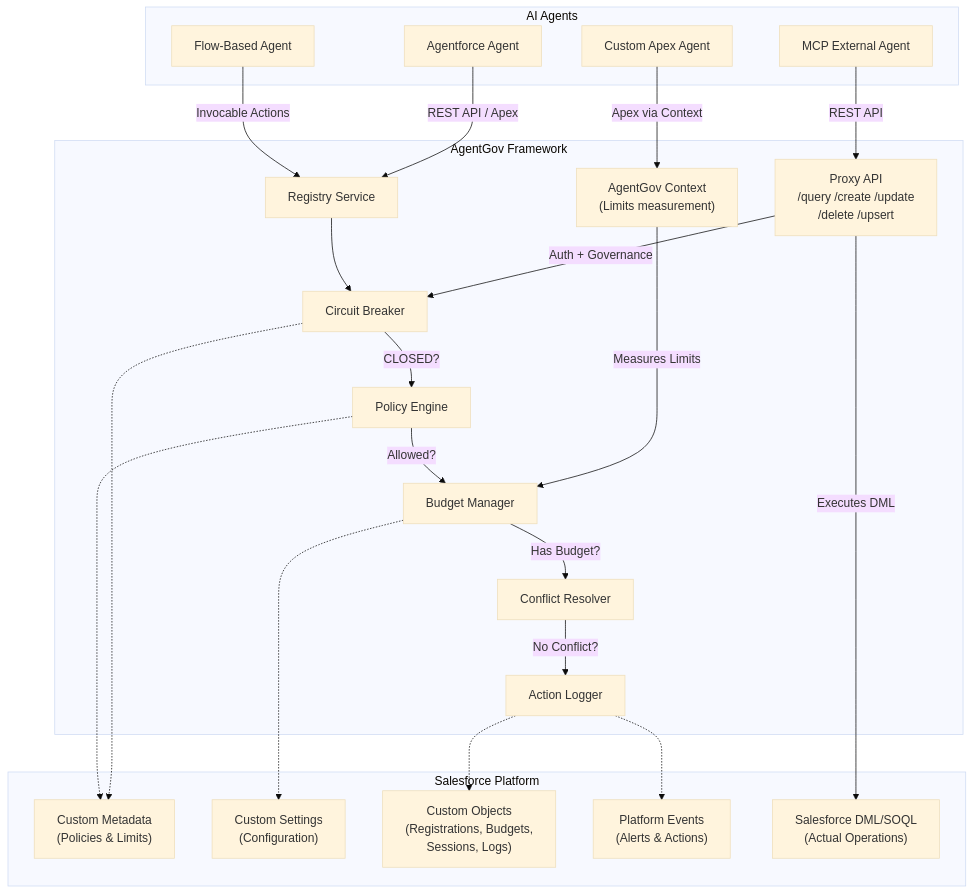
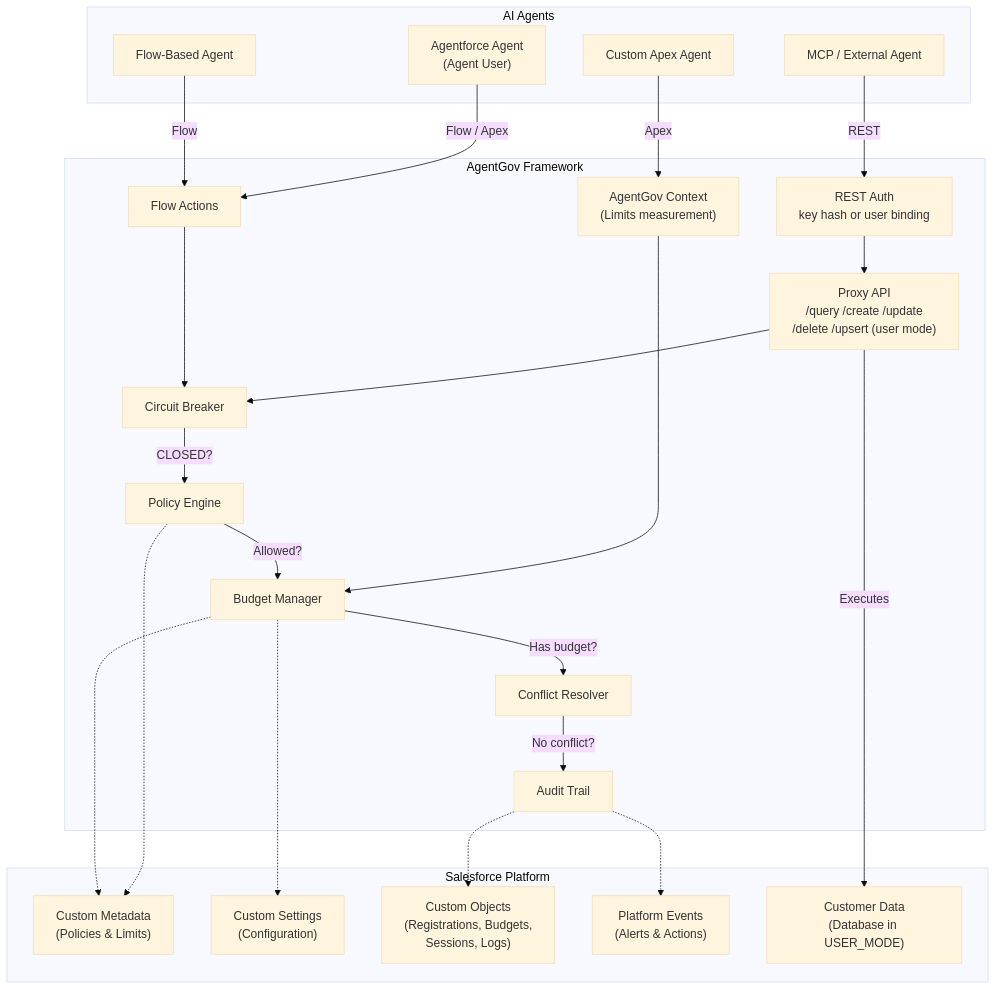
One commit to himanshupalerwal/salesforce-agent-governance changed the first of 3 diagrams in README.md. Above: the diagram before and after it, drawn with Mermaid (base theme). The commit also changed other lines of this file and 19 other files, not shown here.

````diff
--- a/README.md
+++ b/README.md
@@ -33,48 +34,50 @@
 ```mermaid
 flowchart TB
     subgraph Agents["AI Agents"]
-        A1["Agentforce Agent"]
-        A2["MCP External Agent"]
+        A1["Agentforce Agent\n(Agent User)"]
+        A2["MCP / External Agent"]
         A3["Custom Apex Agent"]
         A4["Flow-Based Agent"]
     end
 
     subgraph AgentGov["AgentGov Framework"]
-        PROXY["Proxy API\n/query /create /update\n/delete /upsert"]
+        AUTH["REST Auth\nkey hash or user binding"]
+        PROXY["Proxy API\n/query /create /update\n/delete /upsert (user mode)"]
         CTX["AgentGov Context\n(Limits measurement)"]
-        REG["Registry Service"]
+        INV["Flow Actions"]
         CB["Circuit Breaker"]
         PE["Policy Engine"]
         BM["Budget Manager"]
         CR["Conflict Resolver"]
-        AL["Action Logger"]
+        AL["Audit Trail"]
     end
 
     subgraph Platform["Salesforce Platform"]
         MD["Custom Metadata\n(Policies & Limits)"]
         CS["Custom Settings\n(Configuration)"]
         CO["Custom Objects\n(Registrations, Budgets,\nSessions, Logs)"]
         EVT["Platform Events\n(Alerts & Actions)"]
-        SF["Salesforce DML/SOQL\n(Actual Operations)"]
+        SF["Customer Data\n(Database in USER_MODE)"]
     end
 
-    A2 -->|"REST API"| PROXY
-    A1 -->|"REST API / Apex"| REG
-    A3 -->|"Apex via Context"| CTX
-    A4 -->|"Invocable Actions"| REG
+    A2 -->|"REST"| AUTH
+    AUTH --> PROXY
+    A1 -->|"Flow / Apex"| INV
+    A3 -->|"Apex"| CTX
+    A4 -->|"Flow"| INV
 
-    PROXY -->|"Auth + Governance"| CB
-    CTX -->|"Measures Limits"| BM
-    REG --> CB
+    PROXY --> CB
+    INV --> CB
+    CTX --> BM
     CB -->|"CLOSED?"| PE
     PE -->|"Allowed?"| BM
-    BM -->|"Has Budget?"| CR
-    CR -->|"No Conflict?"| AL
+    BM -->|"Has budget?"| CR
+    CR -->|"No conflict?"| AL
 
-    PROXY -->|"Executes DML"| SF
-    CB -.-> MD
+    PROXY -->|"Executes"| SF
     PE -.-> MD
+    BM -.-> MD
     BM -.-> CS
     AL -.-> CO
     AL -.-> EVT
 ```
````
